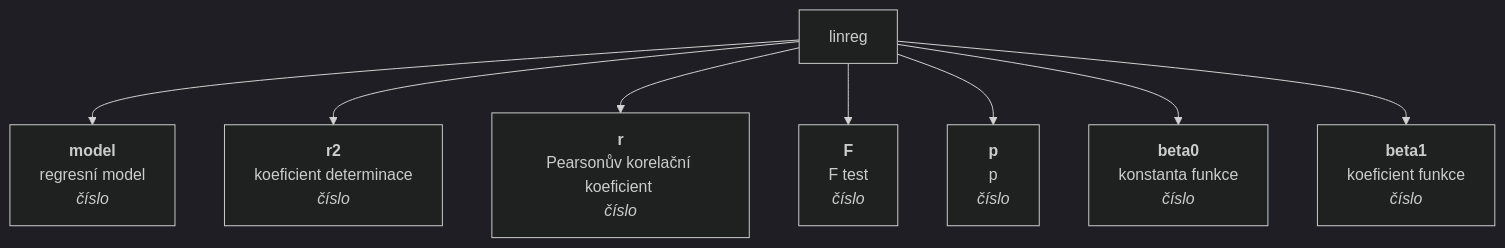
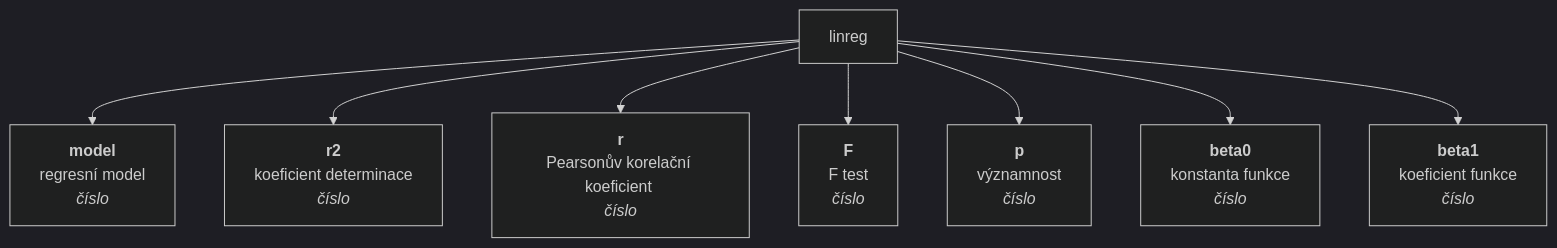
One commit to muzikp/retusa changed the first of 3 diagrams in md-test.md. Above: the diagram before and after it, drawn with Mermaid (dark theme). The commit also changed other lines of this file and 2 other files, not shown here.

````diff
--- a/md-test.md
+++ b/md-test.md
@@ -49,11 +49,11 @@
 ```mermaid
 graph TD
 linreg --> model[<b>model</b><br>regresní model <br><i>číslo</i>]
 linreg --> r2[<b>r2</b><br>koeficient determinace <br><i>číslo</i>]
 linreg --> r[<b>r</b><br>Pearsonův korelační koeficient <br><i>číslo</i>]
 linreg --> F[<b>F</b><br>F test <br><i>číslo</i>]
-linreg --> p[<b>p</b><br>p <br><i>číslo</i>]
+linreg --> p[<b>p</b><br>významnost <br><i>číslo</i>]
 linreg --> beta0[<b>beta0</b><br>konstanta funkce <br><i>číslo</i>]
 linreg --> beta1[<b>beta1</b><br>koeficient funkce <br><i>číslo</i>]
 
 ```
````
